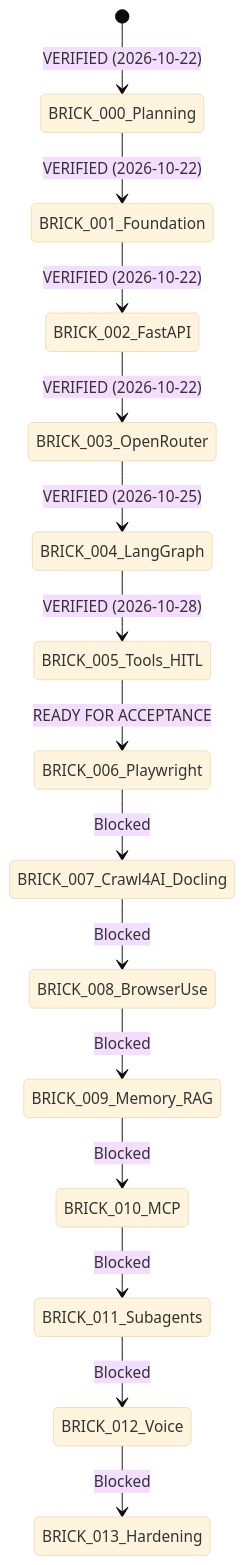
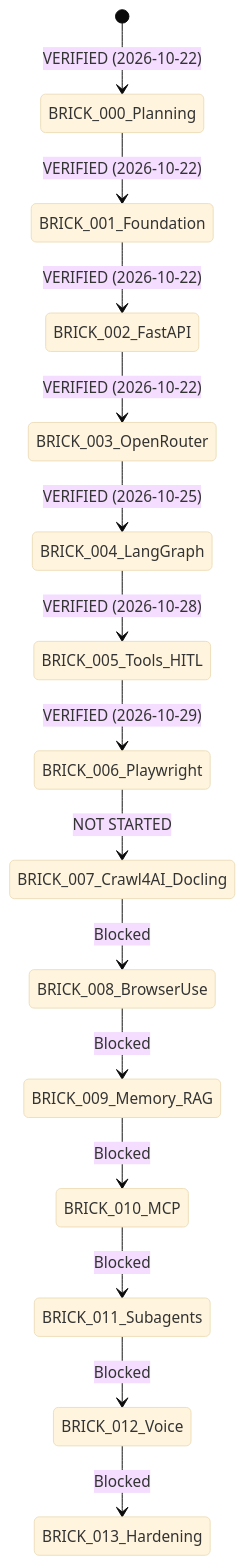
The diagram in docs/PROGRESS.md (Aryramy/javed), drawn with Mermaid (base theme) before and after one commit. The commit also changed other lines of this file and 4 other files, not shown here.

Commit message:
docs(governance): synchronize BRICK-006 verified milestone and merge commit 3110d62

````diff
--- a/docs/PROGRESS.md
+++ b/docs/PROGRESS.md
@@ -28,17 +28,17 @@
 ```mermaid
 stateDiagram-v2
     [*] --> BRICK_000_Planning: VERIFIED (2026-10-22)
     BRICK_000_Planning --> BRICK_001_Foundation: VERIFIED (2026-10-22)
     BRICK_001_Foundation --> BRICK_002_FastAPI: VERIFIED (2026-10-22)
     BRICK_002_FastAPI --> BRICK_003_OpenRouter: VERIFIED (2026-10-22)
     BRICK_003_OpenRouter --> BRICK_004_LangGraph: VERIFIED (2026-10-25)
     BRICK_004_LangGraph --> BRICK_005_Tools_HITL: VERIFIED (2026-10-28)
-    BRICK_005_Tools_HITL --> BRICK_006_Playwright: READY FOR ACCEPTANCE
-    BRICK_006_Playwright --> BRICK_007_Crawl4AI_Docling: Blocked
+    BRICK_005_Tools_HITL --> BRICK_006_Playwright: VERIFIED (2026-10-29)
+    BRICK_006_Playwright --> BRICK_007_Crawl4AI_Docling: NOT STARTED
     BRICK_007_Crawl4AI_Docling --> BRICK_008_BrowserUse: Blocked
     BRICK_008_BrowserUse --> BRICK_009_Memory_RAG: Blocked
     BRICK_009_Memory_RAG --> BRICK_010_MCP: Blocked
     BRICK_010_MCP --> BRICK_011_Subagents: Blocked
     BRICK_011_Subagents --> BRICK_012_Voice: Blocked
     BRICK_012_Voice --> BRICK_013_Hardening: Blocked
 ```
````
